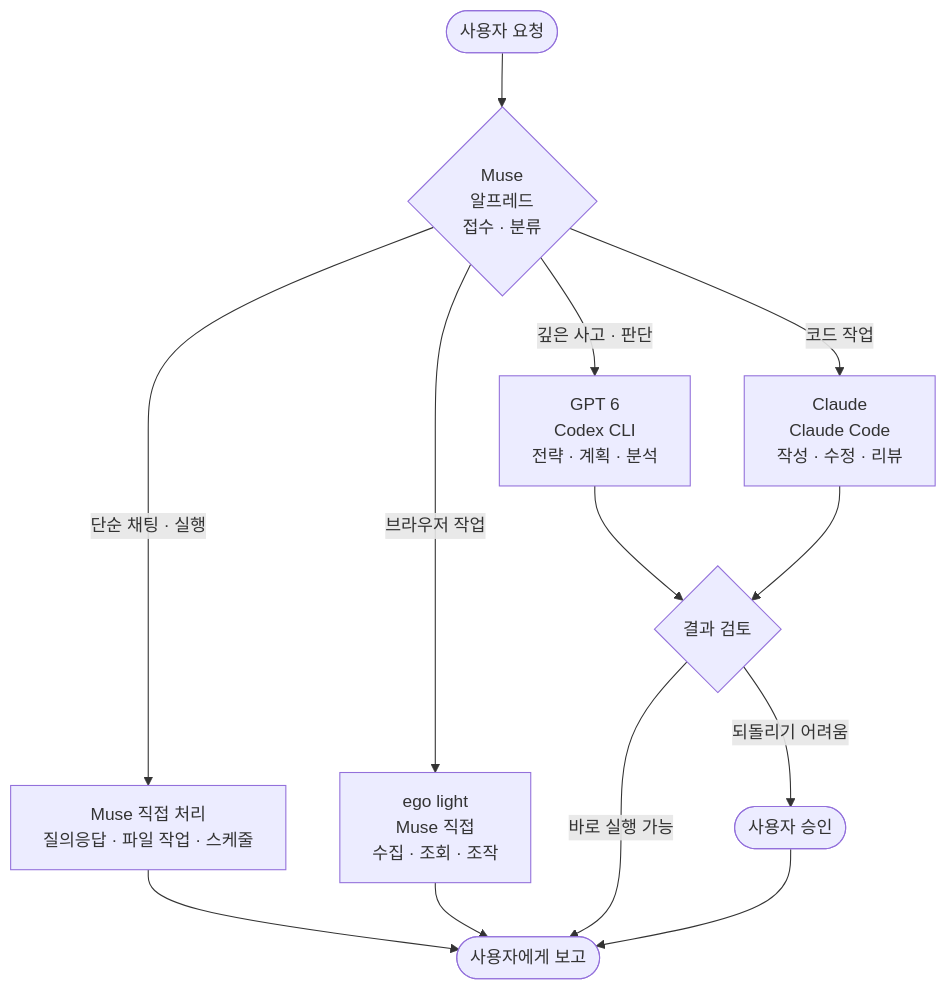
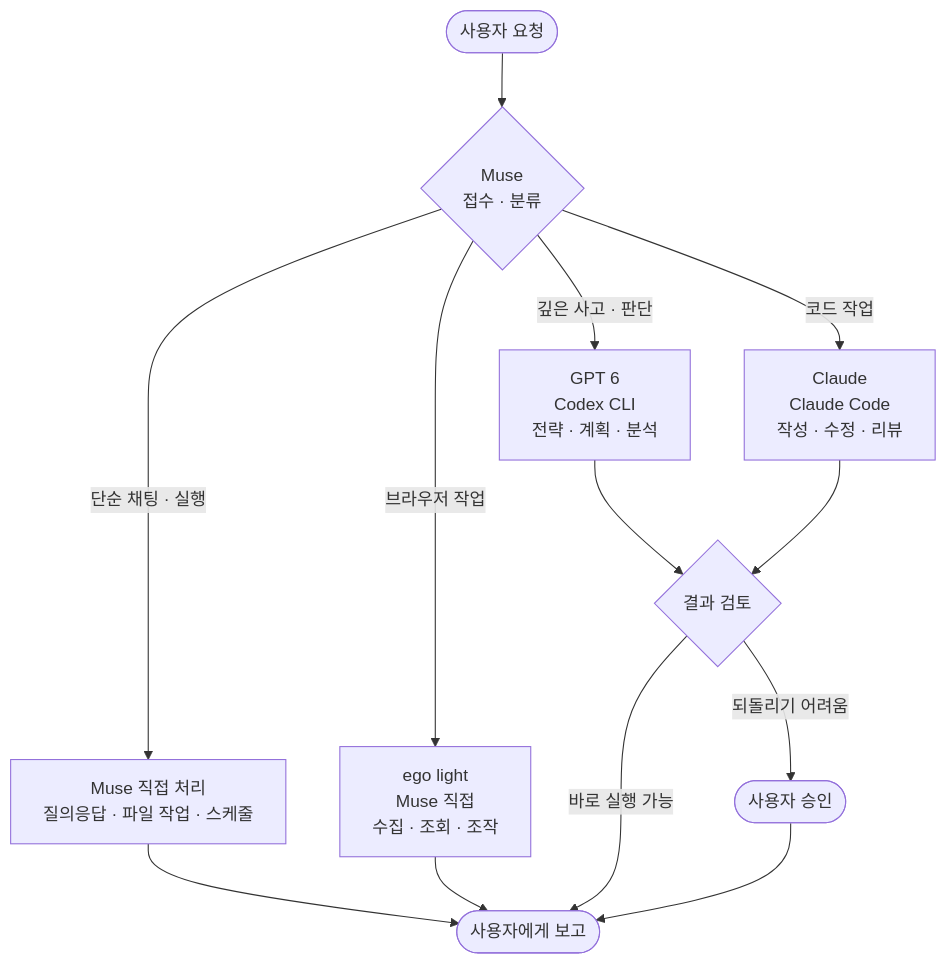
Before and after one commit to groundroot/muse-orchestration: the first of 2 diagrams in ORCHESTRATION.md, drawn with Mermaid. The commit also changed other lines of this file and 2 other files, not shown here.

Commit message:
알프레드 표기 삭제 (Muse로 통일)

````diff
--- a/ORCHESTRATION.md
+++ b/ORCHESTRATION.md
@@ -144,18 +144,18 @@
 ```mermaid
 flowchart TD
-    User([사용자 요청]) --> Muse{Muse<br/>알프레드<br/>접수 · 분류}
+    User([사용자 요청]) --> Muse{Muse<br/>접수 · 분류}
 
     Muse -->|단순 채팅 · 실행| Direct[Muse 직접 처리<br/>질의응답 · 파일 작업 · 스케줄]
     Muse -->|깊은 사고 · 판단| GPT[GPT 6<br/>Codex CLI<br/>전략 · 계획 · 분석]
     Muse -->|코드 작업| Claude[Claude<br/>Claude Code<br/>작성 · 수정 · 리뷰]
     Muse -->|브라우저 작업| Ego[ego light<br/>Muse 직접<br/>수집 · 조회 · 조작]
 
     GPT --> Review{결과 검토}
     Claude --> Review
     Direct --> Done([사용자에게 보고])
     Ego --> Done
 
     Review -->|되돌리기 어려움| Approve([사용자 승인])
     Review -->|바로 실행 가능| Done
     Approve --> Done
 ```
````
